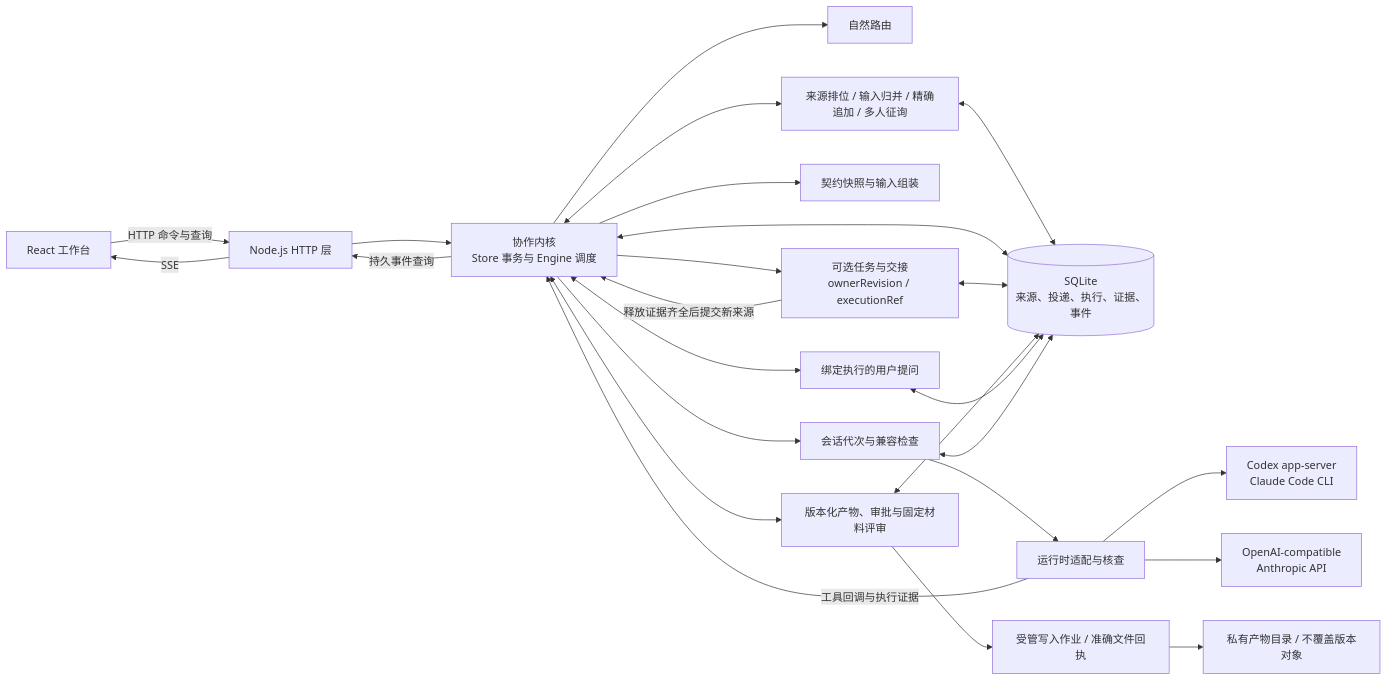
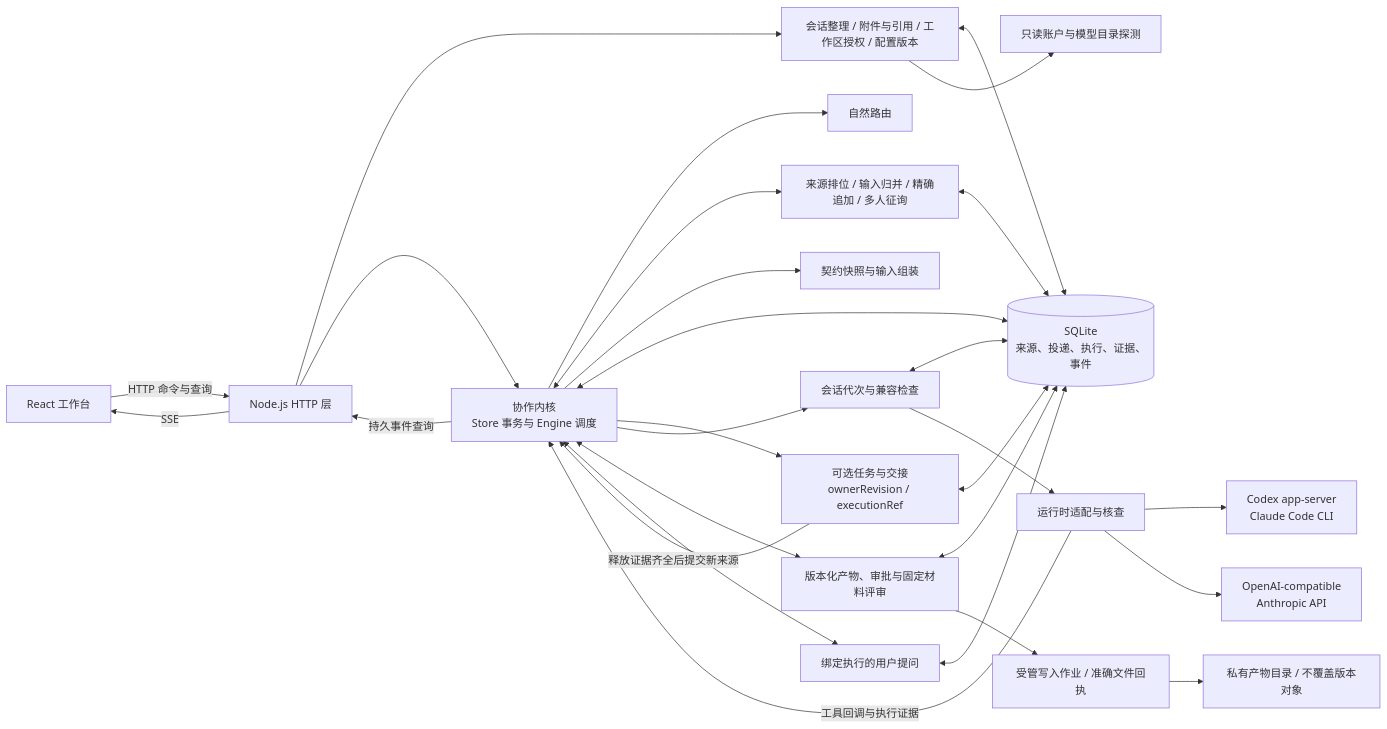
The first of 2 diagrams in README.md (cat15926/HydraOcto), drawn with Mermaid before and after one commit. The commit also changed other lines of this file and 37 other files, not shown here.

````diff
--- a/README.md
+++ b/README.md
@@ -25,27 +27,30 @@
 ```mermaid
 flowchart LR
   UI["React 工作台"] -->|"HTTP 命令与查询"| HTTP["Node.js HTTP 层"]
+  HTTP --> WORKBENCH["会话整理 / 附件与引用 / 工作区授权 / 配置版本"]
+  WORKBENCH <--> DB
+  WORKBENCH --> DISCOVERY["只读账户与模型目录探测"]
   HTTP --> CORE["协作内核<br/>Store 事务与 Engine 调度"]
   CORE --> ROUTE["自然路由"]
   CORE <--> COOP["来源排位 / 输入归并 / 精确追加 / 多人征询"]
   COOP <--> DB
   CORE --> CONTEXT["契约快照与输入组装"]
   CORE <--> DB[("SQLite<br/>来源、投递、执行、证据、事件")]
   CORE --> TASK["可选任务与交接<br/>ownerRevision / executionRef"]
   TASK <--> DB
   TASK -->|"释放证据齐全后提交新来源"| CORE
   CORE --> SESSION["会话代次与兼容检查"]
   CORE <--> ARTIFACT["版本化产物、审批与固定材料评审"]
   ARTIFACT <--> DB
   ARTIFACT --> JOB["受管写入作业 / 准确文件回执"]
   JOB --> FILES["私有产物目录 / 不覆盖版本对象"]
   CORE <--> QUESTION["绑定执行的用户提问"]
   QUESTION <--> DB
   SESSION <--> DB
   SESSION --> RUNTIME["运行时适配与核查"]
   RUNTIME --> CLI["Codex app-server<br/>Claude Code CLI"]
   RUNTIME --> API["OpenAI-compatible<br/>Anthropic API"]
   RUNTIME -->|"工具回调与执行证据"| CORE
   CORE -->|"持久事件查询"| HTTP
   HTTP -->|"SSE"| UI
 ```
````
